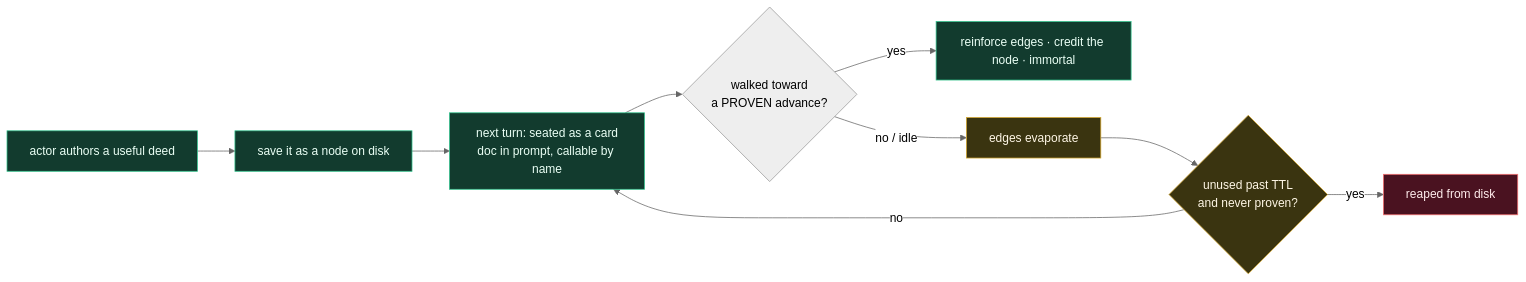
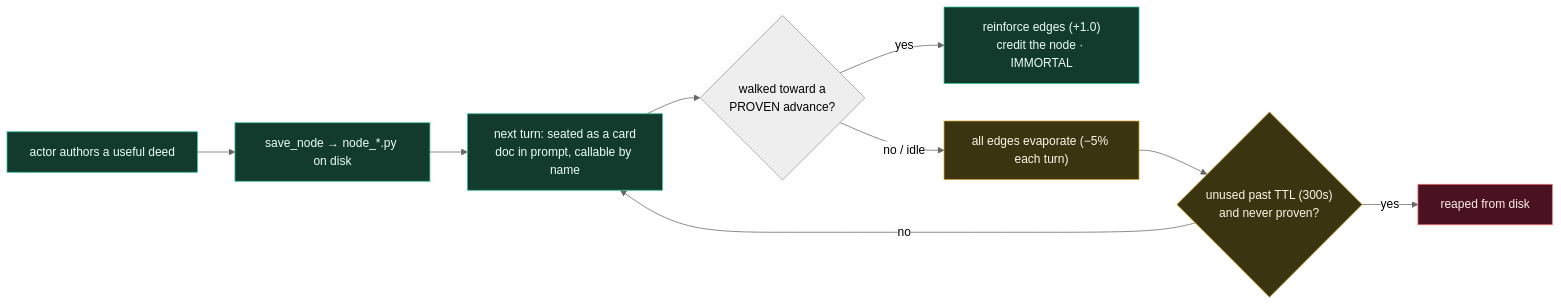
One commit to wgabrys88/endgame-ai changed the eighth of 8 diagrams in README.md. Above: the diagram before and after it, drawn with Mermaid (neutral theme). The commit also changed other lines of this file, not shown here.

````diff
--- a/README.md
+++ b/README.md
@@ -350,18 +384,15 @@
 ```mermaid
 flowchart LR
-    A[actor authors a useful deed] --> B[save it as a node on disk]
-    B --> C[next turn: seated as a card<br/>doc in prompt, callable by name]
-    C --> D{walked toward<br/>a PROVEN advance?}
-    D -- yes --> E[reinforce edges · credit the node · immortal]
-    D -- no / idle --> F[edges evaporate]
-    F --> G{unused past TTL<br/>and never proven?}
-    G -- yes --> H[reaped from disk]
+    A["actor authors a useful deed"] --> B["save_node → node_*.py on disk"]
+    B --> C["next turn: seated as a card<br/>doc in prompt, callable by name"]
+    C --> D{"walked toward a<br/>PROVEN advance?"}
+    D -- yes --> E["reinforce edges (+1.0)<br/>credit the node · IMMORTAL"]
+    D -- "no / idle" --> F["all edges evaporate (−5% each turn)"]
+    F --> G{"unused past TTL (300s)<br/>and never proven?"}
+    G -- yes --> H["reaped from disk"]
     G -- no --> C
-
     classDef grow fill:#123b2e,stroke:#31c48d,color:#eafff5;
     classDef fade fill:#3a3410,stroke:#d4a72c,color:#fff7e6;
     classDef die fill:#4a1220,stroke:#f87171,color:#ffecec;
-    class A,B,C,E grow;
-    class F,G fade;
-    class H die;
+    class A,B,C,E grow; class F,G fade; class H die;
 ```
````
